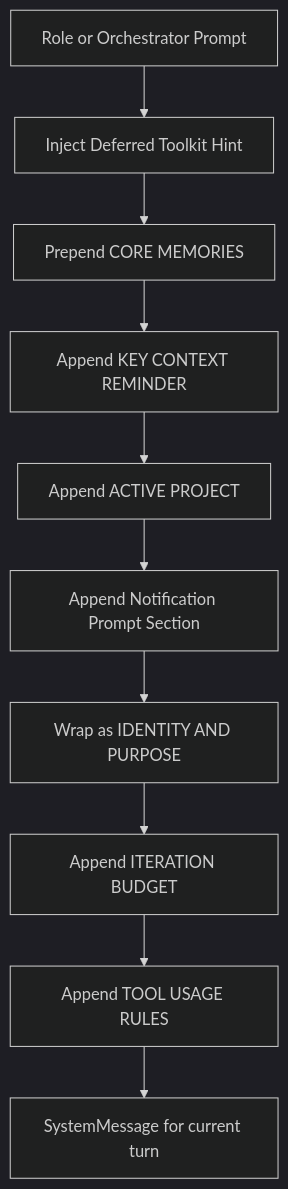
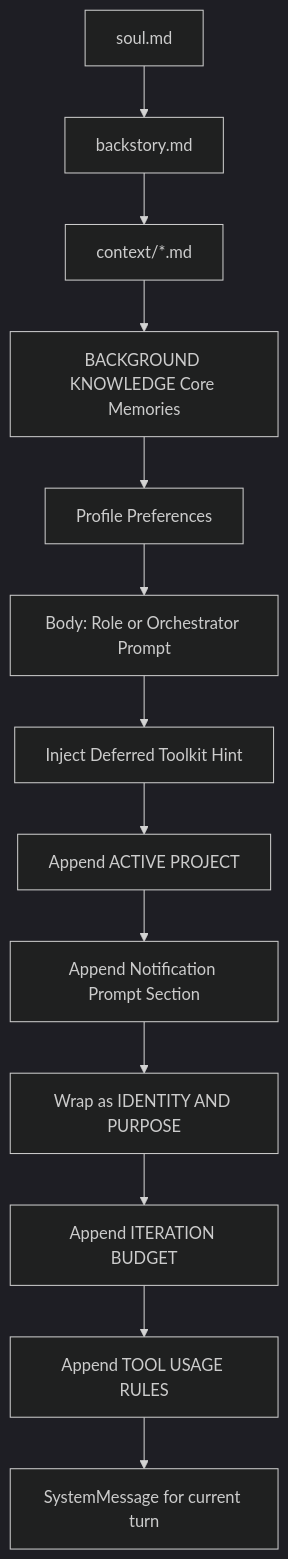
Before and after one commit to AgentCoqui/coqui: the second of 5 diagrams in docs/CHAT.md, drawn with Mermaid (dark theme). The commit also changed other lines of this file and 5 other files, not shown here.

````diff
--- a/docs/CHAT.md
+++ b/docs/CHAT.md
@@ -109,12 +115,15 @@
 ```mermaid
 flowchart TD
-    A[Role or Orchestrator Prompt] --> B[Inject Deferred Toolkit Hint]
-    B --> C[Prepend CORE MEMORIES]
-    C --> D[Append KEY CONTEXT REMINDER]
+    A[soul.md] --> B[backstory.md]
+    B --> B2[context/*.md]
+    B2 --> C[BACKGROUND KNOWLEDGE Core Memories]
+    C --> C2[Profile Preferences]
+    C2 --> A2[Body: Role or Orchestrator Prompt]
+    A2 --> D[Inject Deferred Toolkit Hint]
     D --> E[Append ACTIVE PROJECT]
     E --> F[Append Notification Prompt Section]
     F --> G[Wrap as IDENTITY AND PURPOSE]
     G --> H[Append ITERATION BUDGET]
     H --> I[Append TOOL USAGE RULES]
     I --> J[SystemMessage for current turn]
 ```
````
